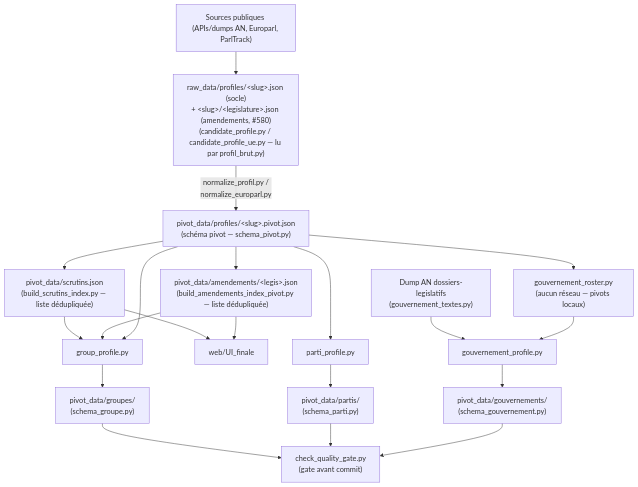
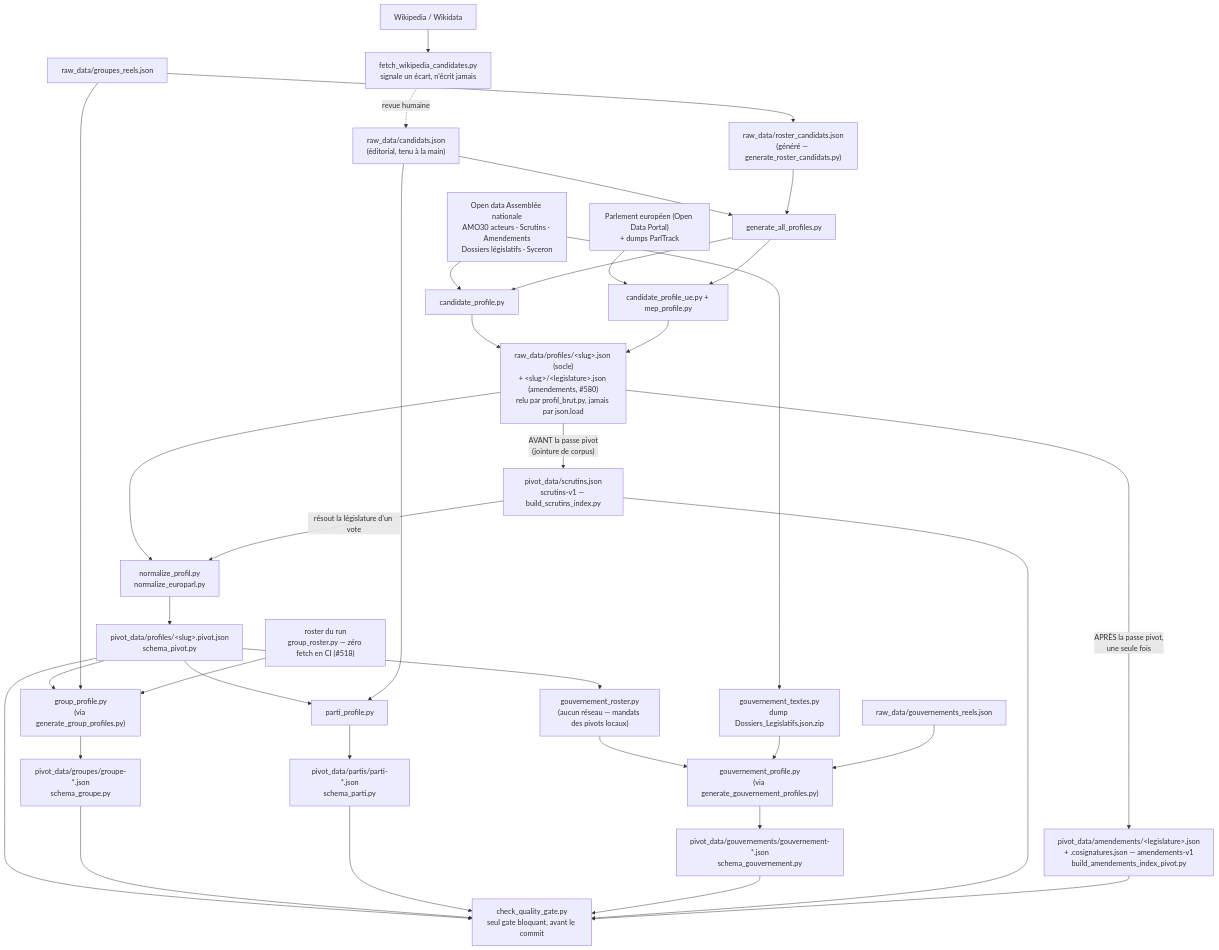
The first of 2 diagrams in docs/pipeline-profiles-groupes.md (stephieED/Empreinte-politique-src), drawn with Mermaid before and after one commit. The commit also changed other lines of this file and 5 other files, not shown here.

````diff
--- a/docs/pipeline-profiles-groupes.md
+++ b/docs/pipeline-profiles-groupes.md
@@ -351,22 +61,61 @@
 ```mermaid
 graph TD
-    A["Sources publiques (APIs/dumps AN, Europarl, ParlTrack)"] --> B["raw_data/profiles/&lt;slug&gt;.json (socle)<br/>+ &lt;slug&gt;/&lt;legislature&gt;.json (amendements, #580)<br/>(candidate_profile.py / candidate_profile_ue.py — lu par profil_brut.py)"]
-    B -->|"normalize_profil.py /<br/>normalize_europarl.py"| C["pivot_data/profiles/&lt;slug&gt;.pivot.json<br/>(schéma pivot — schema_pivot.py)"]
-    C --> S["pivot_data/scrutins.json<br/>(build_scrutins_index.py — liste dédupliquée)"]
-    C --> AM["pivot_data/amendements/&lt;legis&gt;.json<br/>(build_amendements_index_pivot.py — liste dédupliquée)"]
-    S --> D
-    AM --> D
-    S --> W["web/UI_finale"]
-    AM --> W
-    C --> D["group_profile.py"]
-    C --> E["parti_profile.py"]
-    C --> I["gouvernement_roster.py<br/>(aucun réseau — pivots locaux)"]
-    J["Dump AN dossiers-legislatifs<br/>(gouvernement_textes.py)"] --> K["gouvernement_profile.py"]
-    I --> K
-    D --> F["pivot_data/groupes/<br/>(schema_groupe.py)"]
-    E --> G["pivot_data/partis/<br/>(schema_parti.py)"]
-    K --> L["pivot_data/gouvernements/<br/>(schema_gouvernement.py)"]
-    F --> H["check_quality_gate.py<br/>(gate avant commit)"]
-    G --> H
-    L --> H
+    %% ── SOURCES ──────────────────────────────────────────────
+    SAN["Open data Assemblée nationale<br/>AMO30 acteurs · Scrutins · Amendements<br/>Dossiers législatifs · Syceron"]
+    SUE["Parlement européen (Open Data Portal)<br/>+ dumps ParlTrack"]
+    SWK["Wikipedia / Wikidata"]
+
+    %% ── ENTRÉES ÉDITORIALES ─────────────────────────────────
+    CAND["raw_data/candidats.json<br/>(éditorial, tenu à la main)"]
+    ROST["raw_data/roster_candidats.json<br/>(généré — generate_roster_candidats.py)"]
+    GRPC["raw_data/groupes_reels.json"]
+    GOUC["raw_data/gouvernements_reels.json"]
+
+    SWK --> WIKI["fetch_wikipedia_candidates.py<br/>signale un écart, n'écrit jamais"]
+    WIKI -.->|revue humaine| CAND
+    GRPC --> ROST
+
+    %% ── COLLECTE ────────────────────────────────────────────
+    SAN --> CFR["candidate_profile.py"]
+    SUE --> CUE["candidate_profile_ue.py + mep_profile.py"]
+    CAND --> GAP["generate_all_profiles.py"]
+    ROST --> GAP
+    GAP --> CFR
+    GAP --> CUE
+
+    CFR --> RAW["raw_data/profiles/&lt;slug&gt;.json (socle)<br/>+ &lt;slug&gt;/&lt;legislature&gt;.json (amendements, #580)<br/>relu par profil_brut.py, jamais par json.load"]
+    CUE --> RAW
+
+    %% ── INDEX PARTAGÉS : LUS DEPUIS LE BRUT ─────────────────
+    RAW -->|"AVANT la passe pivot<br/>(jointure de corpus)"| SCR["pivot_data/scrutins.json<br/>scrutins-v1 — build_scrutins_index.py"]
+    RAW -->|"APRÈS la passe pivot,<br/>une seule fois"| AMD["pivot_data/amendements/&lt;legislature&gt;.json<br/>+ .cosignatures.json — amendements-v1<br/>build_amendements_index_pivot.py"]
+
+    %% ── NORMALISATION ───────────────────────────────────────
+    RAW --> NRM["normalize_profil.py<br/>normalize_europarl.py"]
+    SCR -->|résout la législature d'un vote| NRM
+    NRM --> PIV["pivot_data/profiles/&lt;slug&gt;.pivot.json<br/>schema_pivot.py"]
+
+    %% ── AGRÉGATS ────────────────────────────────────────────
+    PIV --> GRP["group_profile.py<br/>(via generate_group_profiles.py)"]
+    GRPC --> GRP
+    ROSTB["roster du run<br/>group_roster.py — zéro fetch en CI (#518)"] --> GRP
+    PIV --> PAR["parti_profile.py"]
+    CAND --> PAR
+    PIV --> GVR["gouvernement_roster.py<br/>(aucun réseau — mandats des pivots locaux)"]
+    SAN --> GVT["gouvernement_textes.py<br/>dump Dossiers_Legislatifs.json.zip"]
+    GVR --> GVP["gouvernement_profile.py<br/>(via generate_gouvernement_profiles.py)"]
+    GVT --> GVP
+    GOUC --> GVP
+
+    GRP --> OGR["pivot_data/groupes/groupe-*.json<br/>schema_groupe.py"]
+    PAR --> OPA["pivot_data/partis/parti-*.json<br/>schema_parti.py"]
+    GVP --> OGO["pivot_data/gouvernements/gouvernement-*.json<br/>schema_gouvernement.py"]
+
+    %% ── GATE ────────────────────────────────────────────────
+    PIV --> QG["check_quality_gate.py<br/>seul gate bloquant, avant le commit"]
+    OGR --> QG
+    OPA --> QG
+    OGO --> QG
+    SCR --> QG
+    AMD --> QG
 ```
````
